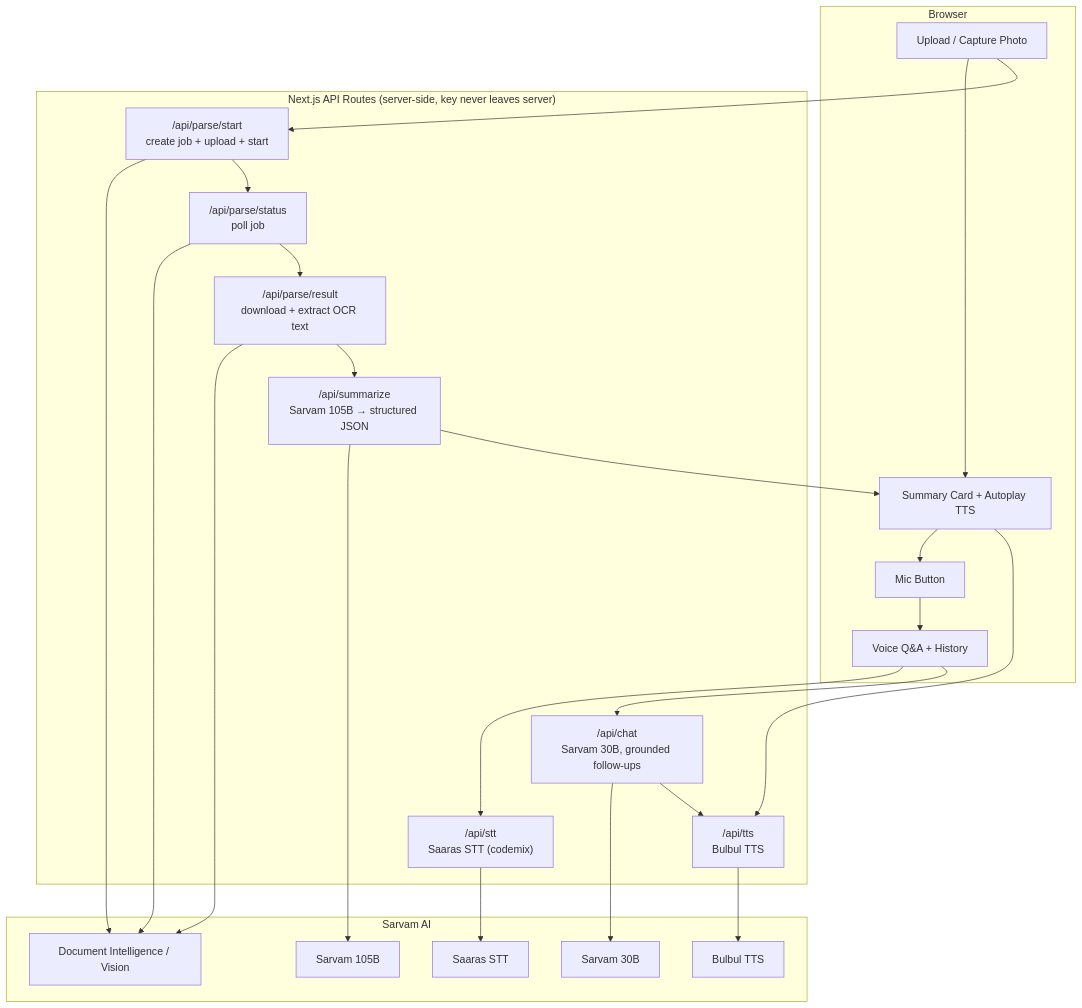
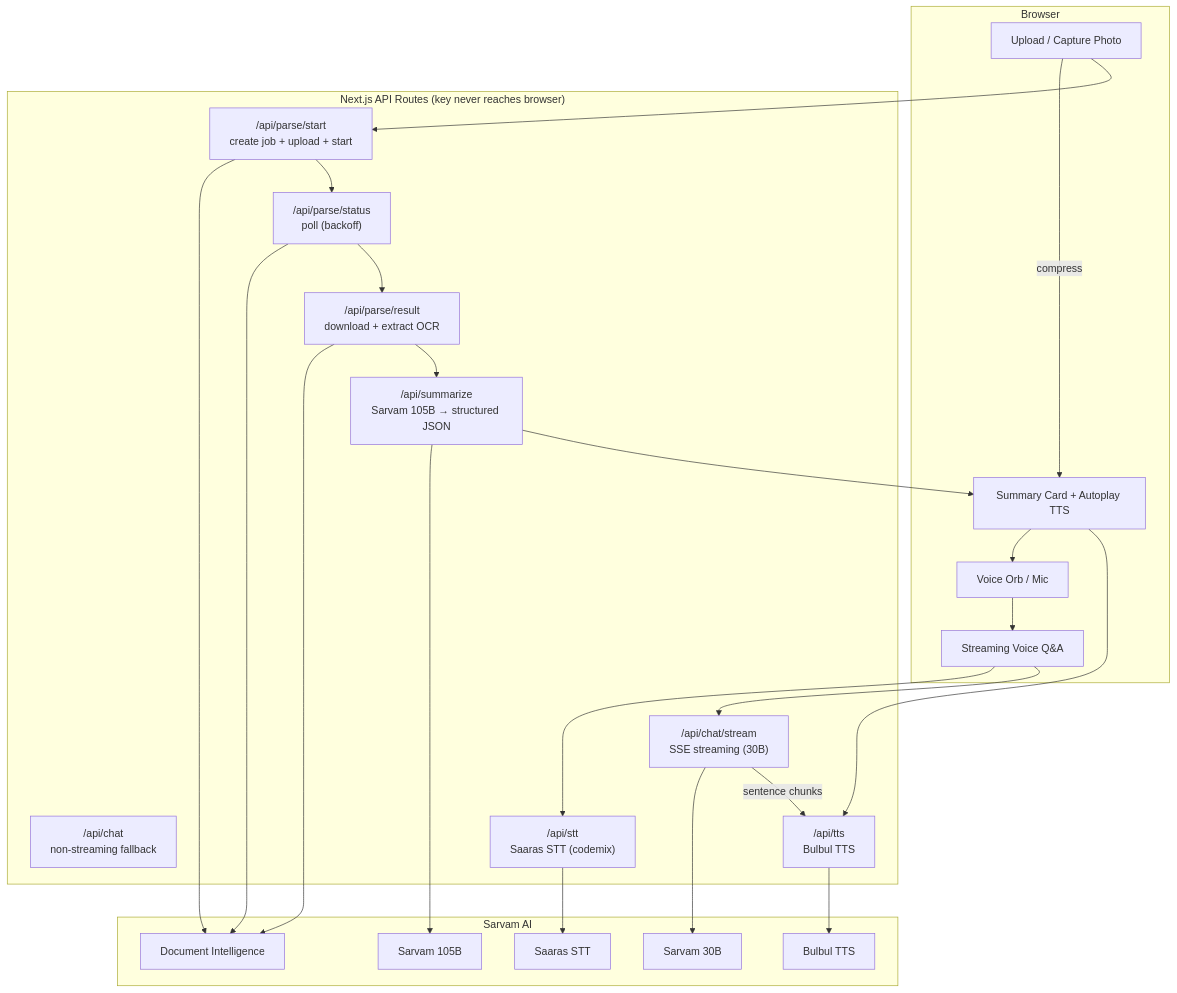
The diagram in README.md (Vedantd2003/kagazbol), drawn with Mermaid before and after one commit. The commit also changed other lines of this file and 4 other files, not shown here.

````diff
--- a/README.md
+++ b/README.md
@@ -38,36 +33,36 @@
 ```mermaid
 flowchart TD
     subgraph Browser
-        A[Upload / Capture Photo] --> B[Summary Card + Autoplay TTS]
-        B --> C[Mic Button]
-        C --> D[Voice Q&A + History]
+        A[Upload / Capture Photo] -->|compress| B[Summary Card + Autoplay TTS]
+        B --> C[Voice Orb / Mic]
+        C --> D[Streaming Voice Q&A]
     end
 
-    subgraph "Next.js API Routes (server-side, key never leaves server)"
+    subgraph "Next.js API Routes (key never reaches browser)"
         P1["/api/parse/start\ncreate job + upload + start"]
-        P2["/api/parse/status\npoll job"]
-        P3["/api/parse/result\ndownload + extract OCR text"]
+        P2["/api/parse/status\npoll (backoff)"]
+        P3["/api/parse/result\ndownload + extract OCR"]
         S["/api/summarize\nSarvam 105B → structured JSON"]
-        CH["/api/chat\nSarvam 30B, grounded follow-ups"]
+        CH["/api/chat\nnon-streaming fallback"]
+        CS["/api/chat/stream\nSSE streaming (30B)"]
         T["/api/tts\nBulbul TTS"]
         ST["/api/stt\nSaaras STT (codemix)"]
     end
 
     subgraph "Sarvam AI"
-        DI[Document Intelligence / Vision]
+        DI[Document Intelligence]
         L105[Sarvam 105B]
         L30[Sarvam 30B]
         TTS[Bulbul TTS]
         STT[Saaras STT]
     end
 
     A --> P1 --> DI
     P1 --> P2 --> DI
     P2 --> P3 --> DI
     P3 --> S --> L105
-    S --> B
-    B --> T --> TTS
+    S --> B --> T --> TTS
     D --> ST --> STT
-    D --> CH --> L30
-    CH --> T
+    D --> CS --> L30
+    CS -->|sentence chunks| T
 ```
````
